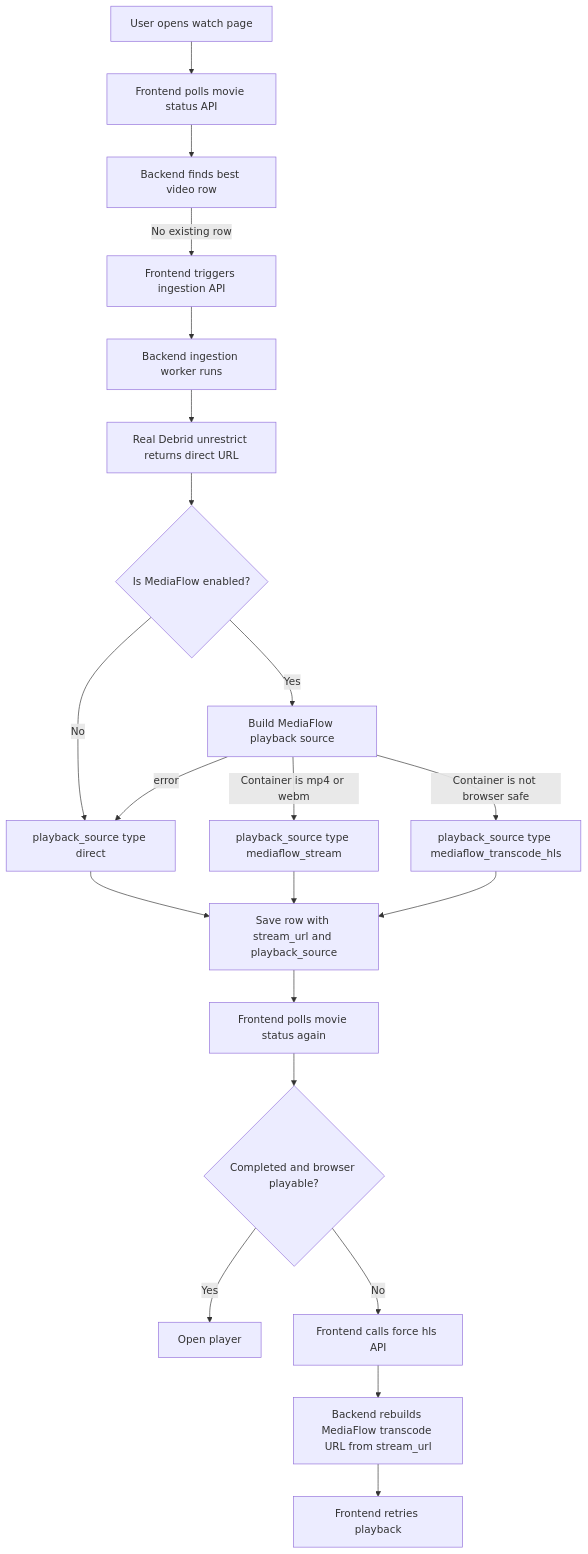
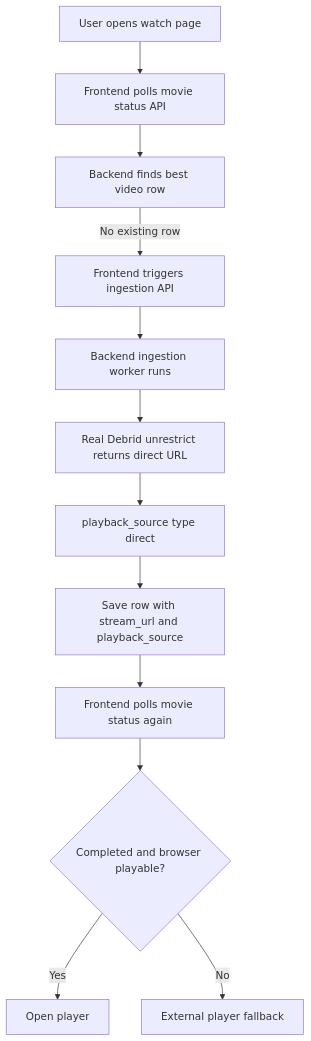
The diagram in STREAMING_FLOW_REPORT.md (haseebace/popotube), drawn with Mermaid before and after one commit. The commit also changed other lines of this file and 19 other files, not shown here.

Commit message:
docs: document fastify-first playback architecture

````diff
--- a/STREAMING_FLOW_REPORT.md
+++ b/STREAMING_FLOW_REPORT.md
@@ -7,23 +7,14 @@
 ```mermaid
 flowchart TD
   A["User opens watch page"] --> B["Frontend polls movie status API"]
   B --> C["Backend finds best video row"]
   C -->|No existing row| D["Frontend triggers ingestion API"]
   D --> E["Backend ingestion worker runs"]
   E --> F["Real Debrid unrestrict returns direct URL"]
-  F --> G{"Is MediaFlow enabled?"}
-  G -->|No| H["playback_source type direct"]
-  G -->|Yes| I["Build MediaFlow playback source"]
-  I -->|Container is mp4 or webm| J["playback_source type mediaflow_stream"]
-  I -->|Container is not browser safe| K["playback_source type mediaflow_transcode_hls"]
-  I -->|error| H
-  H --> L["Save row with stream_url and playback_source"]
-  J --> L
-  K --> L
-  L --> M["Frontend polls movie status again"]
-  M --> N{"Completed and browser playable?"}
-  N -->|Yes| O["Open player"]
-  N -->|No| P["Frontend calls force hls API"]
-  P --> Q["Backend rebuilds MediaFlow transcode URL from stream_url"]
-  Q --> R["Frontend retries playback"]
+  F --> G["playback_source type direct"]
+  G --> H["Save row with stream_url and playback_source"]
+  H --> I["Frontend polls movie status again"]
+  I --> J{"Completed and browser playable?"}
+  J -->|Yes| K["Open player"]
+  J -->|No| L["External player fallback"]
 ```
````
